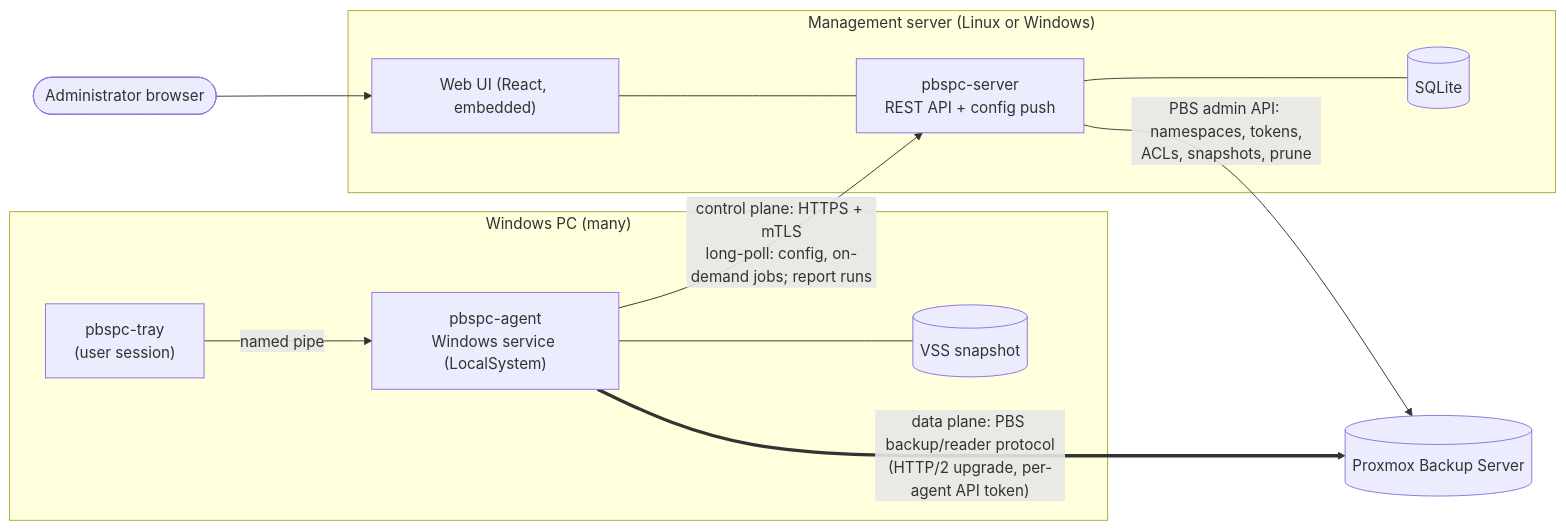
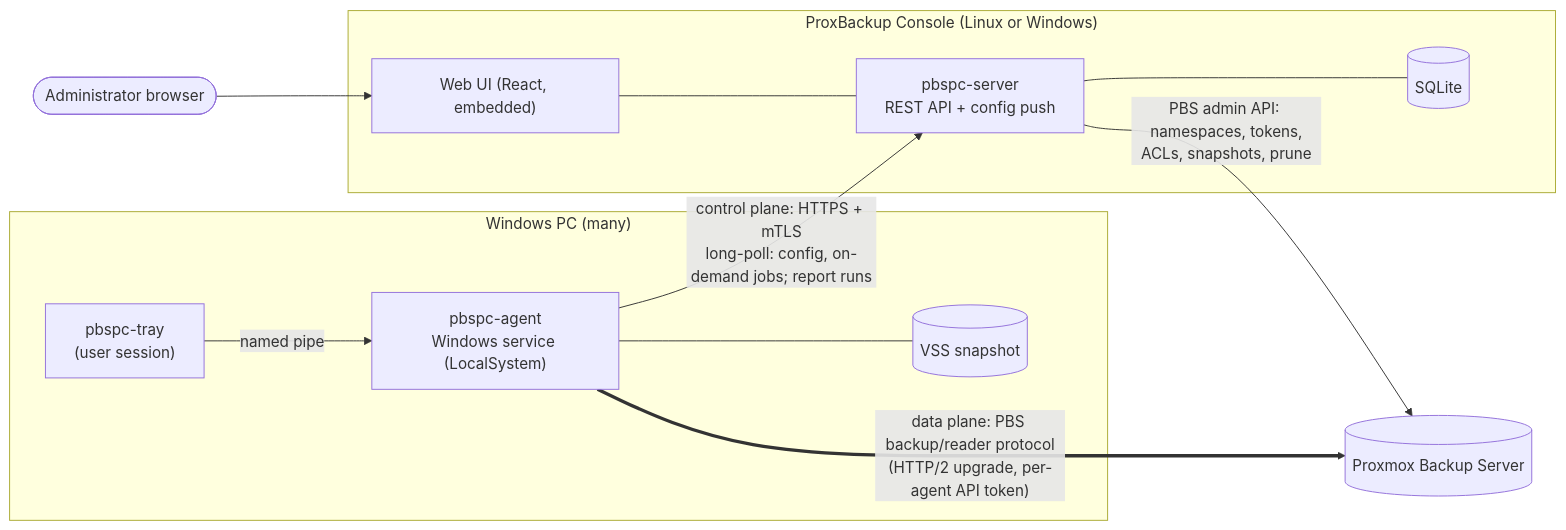
The first of 5 diagrams in docs/architecture.md (Lopicl/proxbackup-solution), drawn with Mermaid before and after one commit. The commit also changed other lines of this file and 6 other files, not shown here.

First line of the commit message:
chore: rename the product to ProxBackup Solution

````diff
--- a/docs/architecture.md
+++ b/docs/architecture.md
@@ -22,24 +22,24 @@
 ```mermaid
 flowchart LR
   subgraph PC["Windows PC (many)"]
     TRAY["pbspc-tray<br/>(user session)"] -- named pipe --> AGENT
     AGENT["pbspc-agent<br/>Windows service (LocalSystem)"]
     VSS[(VSS snapshot)]
     AGENT --- VSS
   end
 
-  subgraph MGMT["Management server (Linux or Windows)"]
+  subgraph MGMT["ProxBackup Console (Linux or Windows)"]
     API["pbspc-server<br/>REST API + config push"]
     UI["Web UI (React, embedded)"]
     DB[(SQLite)]
     API --- DB
     UI --- API
   end
 
   PBS[("Proxmox Backup Server")]
 
   AGENT -- "control plane: HTTPS + mTLS<br/>long-poll: config, on-demand jobs; report runs" --> API
   AGENT == "data plane: PBS backup/reader protocol<br/>(HTTP/2 upgrade, per-agent API token)" ==> PBS
   API -- "PBS admin API: namespaces, tokens,<br/>ACLs, snapshots, prune" --> PBS
   ADMIN(["Administrator browser"]) --> UI
 ```
````
